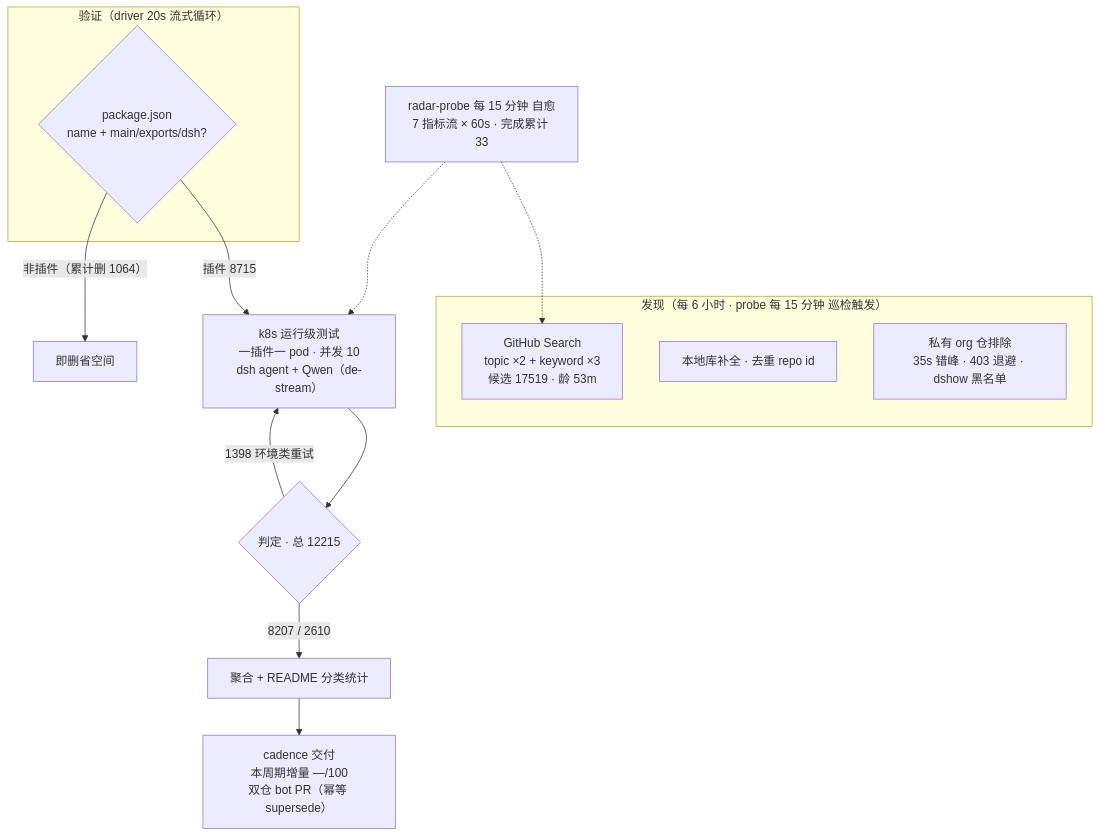
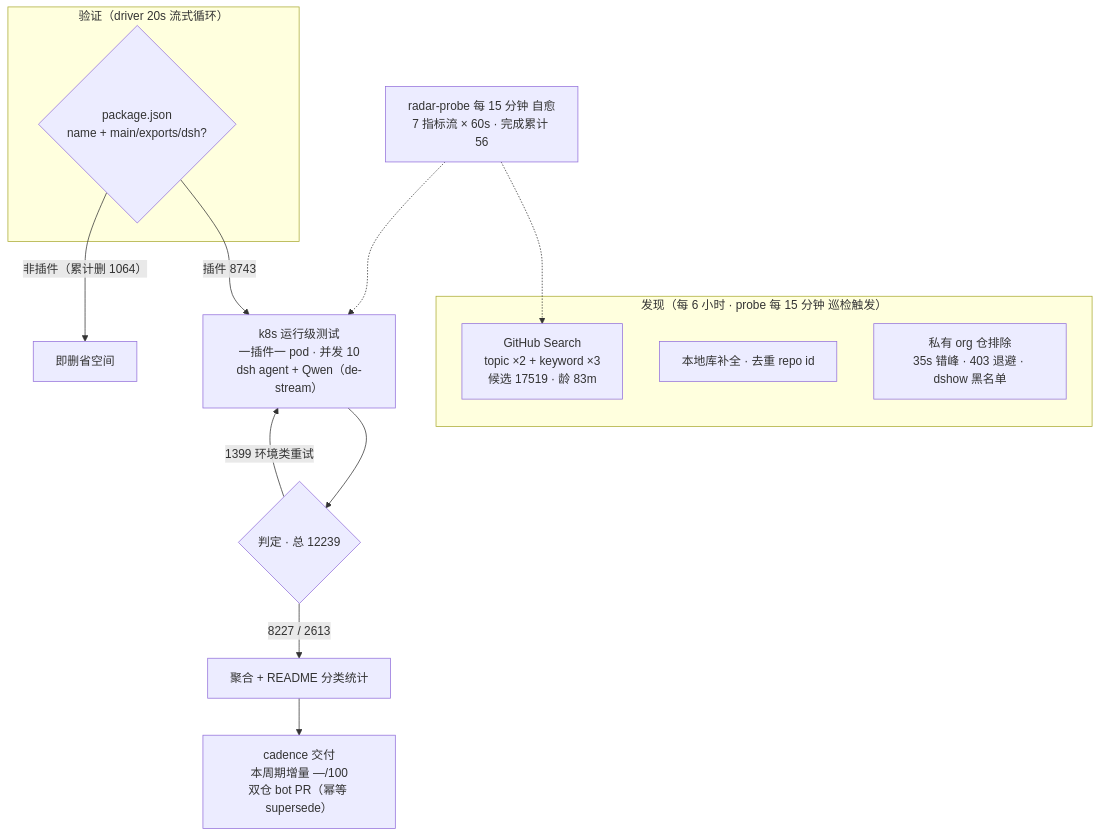
One commit to Zhidao-Lab-OSS/awesome-dsh-plugins changed the diagram in README.md. Above: the diagram before and after it, drawn with Mermaid. The commit also changed other lines of this file and 1 other file, not shown here.

````diff
--- a/README.md
+++ b/README.md
@@ -52,20 +52,20 @@
 ```mermaid
 flowchart TB
     subgraph Discovery["发现（每 6 小时 · probe 每 15 分钟 巡检触发）"]
-        A1["GitHub Search<br/>topic ×2 + keyword ×3<br/>候选 17519 · 龄 53m"]
+        A1["GitHub Search<br/>topic ×2 + keyword ×3<br/>候选 17519 · 龄 83m"]
         A2["本地库补全 · 去重 repo id"]
         A3["私有 org 仓排除<br/>35s 错峰 · 403 退避 · dshow 黑名单"]
     end
     subgraph Validation["验证（driver 20s 流式循环）"]
         B1{"package.json<br/>name + main/exports/dsh?"}
     end
-    B1 -->|"插件 8715"| C1["k8s 运行级测试<br/>一插件一 pod · 并发 10<br/>dsh agent + Qwen（de-stream）"]
+    B1 -->|"插件 8743"| C1["k8s 运行级测试<br/>一插件一 pod · 并发 10<br/>dsh agent + Qwen（de-stream）"]
     B1 -->|"非插件（累计删 1064）"| B3["即删省空间"]
-    C1 --> D1{"判定 · 总 12215"}
-    D1 -->|"8207 / 2610"| E1["聚合 + README 分类统计"]
-    D1 -->|"1398 环境类重试"| C1
+    C1 --> D1{"判定 · 总 12239"}
+    D1 -->|"8227 / 2613"| E1["聚合 + README 分类统计"]
+    D1 -->|"1399 环境类重试"| C1
     E1 --> E2["cadence 交付<br/>本周期增量 —/100<br/>双仓 bot PR（幂等 supersede）"]
-    M["radar-probe 每 15 分钟 自愈<br/>7 指标流 × 60s · 完成累计 33"]
+    M["radar-probe 每 15 分钟 自愈<br/>7 指标流 × 60s · 完成累计 56"]
     M -.-> A1
     M -.-> C1
 ```
````
